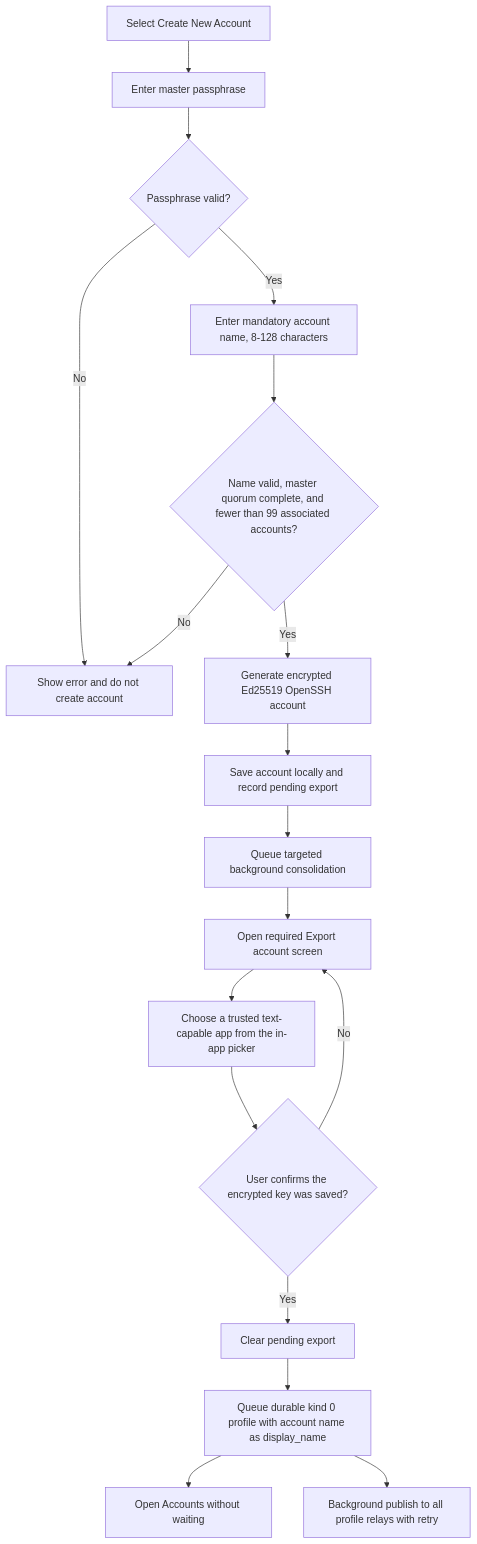
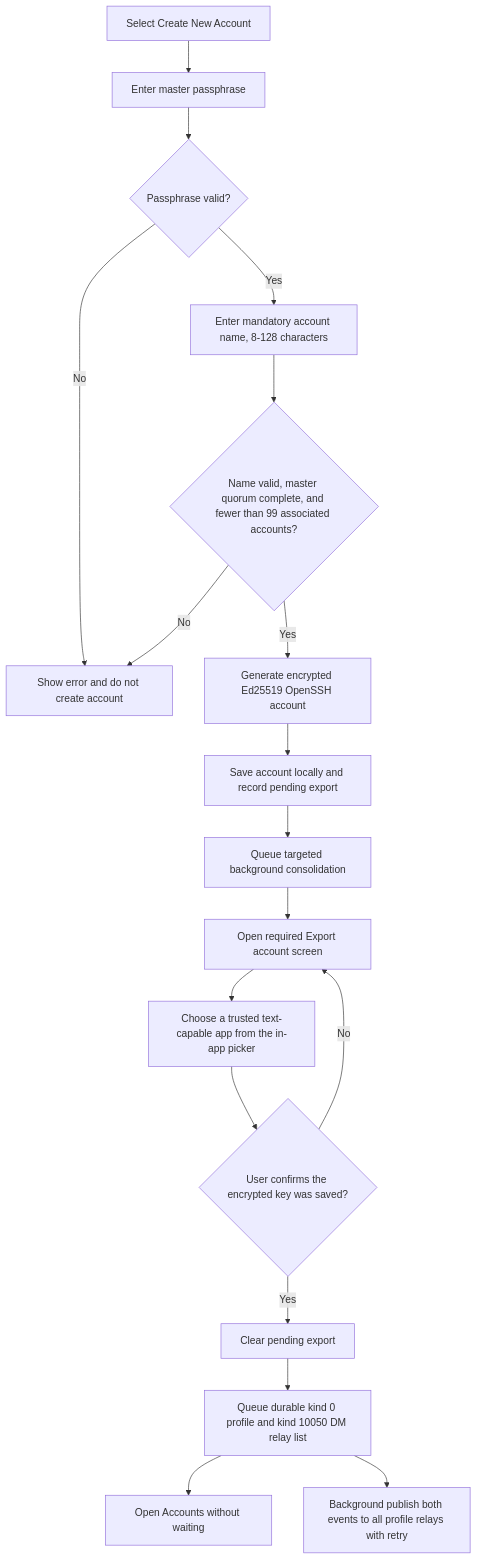
Before and after one commit to ZenTenApp/vault-kotlin: the third of 6 diagrams in docs/stakeholder/flowcharts.md, drawn with Mermaid. The commit also changed 4 other files, not shown here.

Commit message:
feat(profile): publish NIP-17 DM relay lists with account profiles

````diff
--- a/docs/stakeholder/flowcharts.md
+++ b/docs/stakeholder/flowcharts.md
@@ -66,20 +66,20 @@
 ```mermaid
 flowchart TD
     Add["Select Create New Account"] --> EnterPassphrase["Enter master passphrase"]
     EnterPassphrase --> Verify{"Passphrase valid?"}
     Verify -->|No| Rejected["Show error and do not create account"]
     Verify -->|Yes| EnterName["Enter mandatory account name, 8-128 characters"]
     EnterName --> Check{"Name valid, master quorum complete, and fewer than 99 associated accounts?"}
     Check -->|No| Rejected
     Check -->|Yes| Generate["Generate encrypted Ed25519 OpenSSH account"]
     Generate --> Save["Save account locally and record pending export"]
     Save --> Queue["Queue targeted background consolidation"]
     Queue --> Export["Open required Export account screen"]
     Export --> Choose["Choose a trusted text-capable app from the in-app picker"]
     Choose --> Confirm{"User confirms the encrypted key was saved?"}
     Confirm -->|No| Export
     Confirm -->|Yes| Clear["Clear pending export"]
-    Clear --> QueueProfile["Queue durable kind 0 profile with account name as display_name"]
+    Clear --> QueueProfile["Queue durable kind 0 profile and kind 10050 DM relay list"]
     QueueProfile --> Accounts["Open Accounts without waiting"]
-    QueueProfile --> ProfileWorker["Background publish to all profile relays with retry"]
+    QueueProfile --> ProfileWorker["Background publish both events to all profile relays with retry"]
 ```
````
